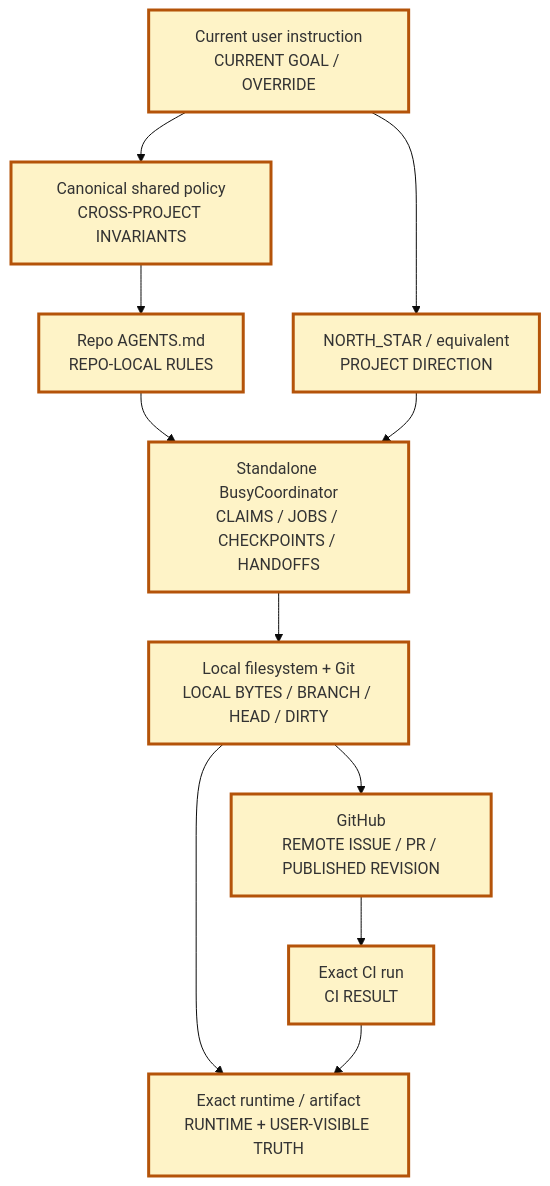
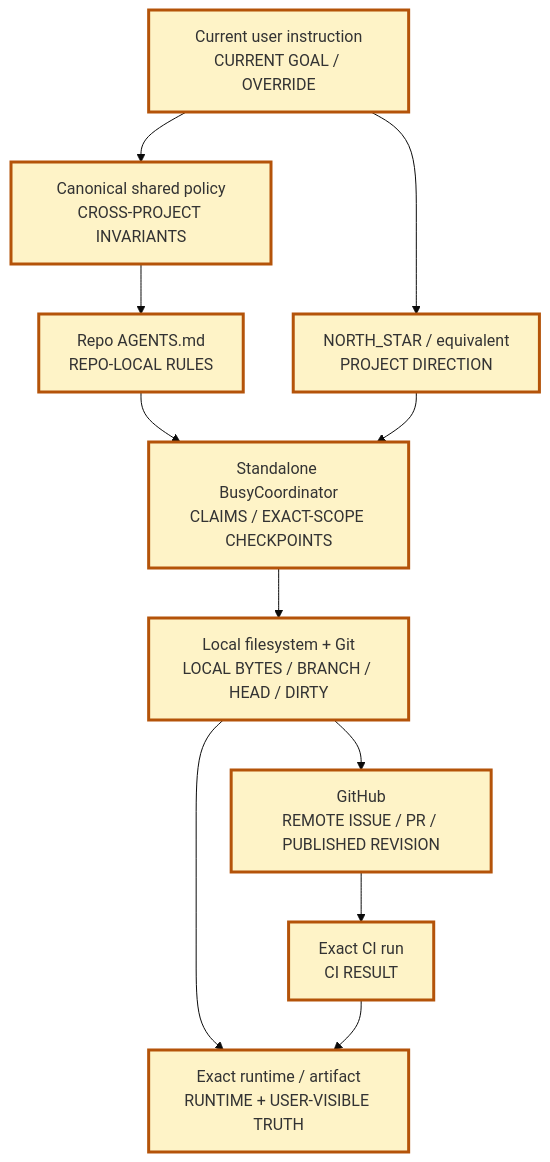
Before and after one commit to organicoverlords/regression-research: the second of 5 diagrams in docs/assistant-stack-human-map.md, drawn with Mermaid (base theme). The commit also changed other lines of this file and 17 other files, not shown here.

Commit message:
refactor: reduce BusyCoordinator to ownership

````diff
--- a/docs/assistant-stack-human-map.md
+++ b/docs/assistant-stack-human-map.md
@@ -34,26 +34,26 @@
 ```mermaid
 flowchart TB
   U["Current user instruction\nCURRENT GOAL / OVERRIDE"]
   SP["Canonical shared policy\nCROSS-PROJECT INVARIANTS"]
   AG["Repo AGENTS.md\nREPO-LOCAL RULES"]
   NS["NORTH_STAR / equivalent\nPROJECT DIRECTION"]
-  BC["Standalone BusyCoordinator\nCLAIMS / JOBS / CHECKPOINTS / HANDOFFS"]
+  BC["Standalone BusyCoordinator\nCLAIMS / EXACT-SCOPE CHECKPOINTS"]
   GIT["Local filesystem + Git\nLOCAL BYTES / BRANCH / HEAD / DIRTY"]
   GH["GitHub\nREMOTE ISSUE / PR / PUBLISHED REVISION"]
   CI["Exact CI run\nCI RESULT"]
   RT["Exact runtime / artifact\nRUNTIME + USER-VISIBLE TRUTH"]
 
   U --> SP
   SP --> AG
   U --> NS
   AG --> BC
   NS --> BC
   BC --> GIT
   GIT --> GH
   GH --> CI
   GIT --> RT
   CI --> RT
 
   classDef authority fill:#fef3c7,stroke:#b45309,stroke-width:3px;
   class U,SP,AG,NS,BC,GIT,GH,CI,RT authority;
 ```
````
